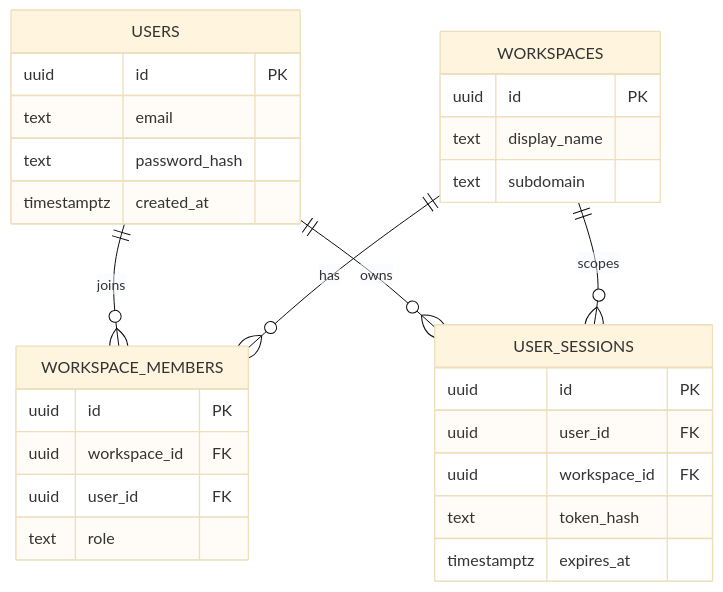
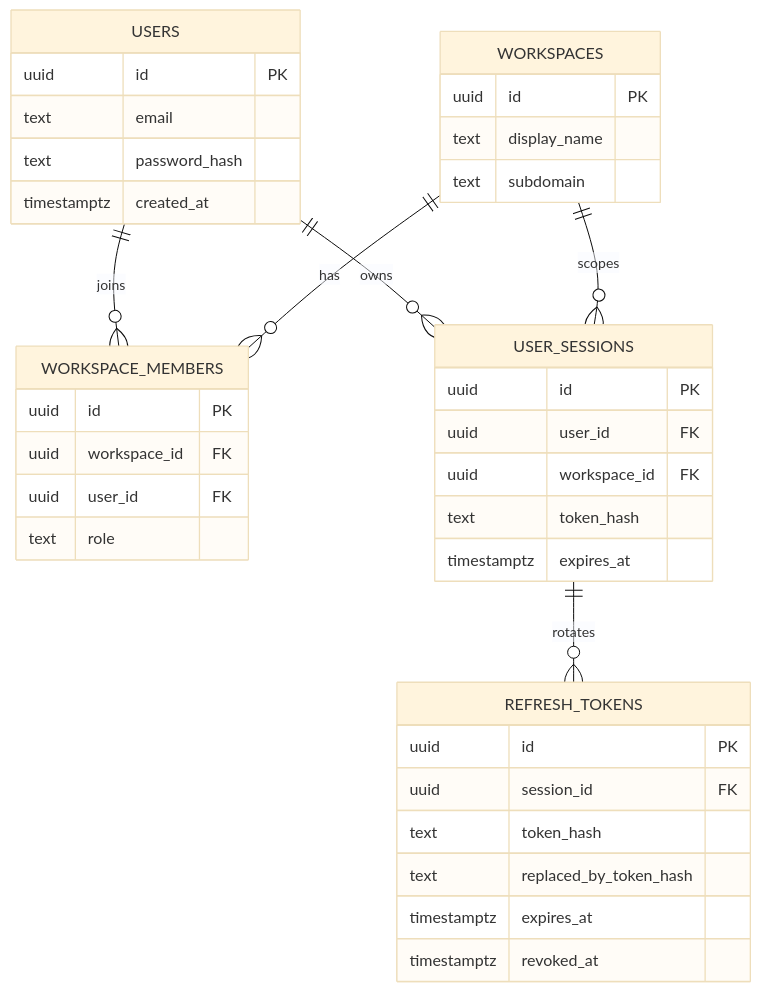
One commit to Mullassery/Squid-CRM changed the third of 3 diagrams in docs/architecture/overview.md. Above: the diagram before and after it, drawn with Mermaid (base theme). The commit also changed other lines of this file and 54 other files, not shown here.

````diff
--- a/docs/architecture/overview.md
+++ b/docs/architecture/overview.md
@@ -55,31 +55,40 @@
 ```mermaid
 erDiagram
   USERS ||--o{ WORKSPACE_MEMBERS : joins
   WORKSPACES ||--o{ WORKSPACE_MEMBERS : has
   USERS ||--o{ USER_SESSIONS : owns
   WORKSPACES ||--o{ USER_SESSIONS : scopes
+  USER_SESSIONS ||--o{ REFRESH_TOKENS : rotates
   USERS {
     uuid id PK
     text email
     text password_hash
     timestamptz created_at
   }
   WORKSPACES {
     uuid id PK
     text display_name
     text subdomain
   }
   WORKSPACE_MEMBERS {
     uuid id PK
     uuid workspace_id FK
     uuid user_id FK
     text role
   }
   USER_SESSIONS {
     uuid id PK
     uuid user_id FK
     uuid workspace_id FK
     text token_hash
     timestamptz expires_at
   }
+  REFRESH_TOKENS {
+    uuid id PK
+    uuid session_id FK
+    text token_hash
+    text replaced_by_token_hash
+    timestamptz expires_at
+    timestamptz revoked_at
+  }
 ```
````
